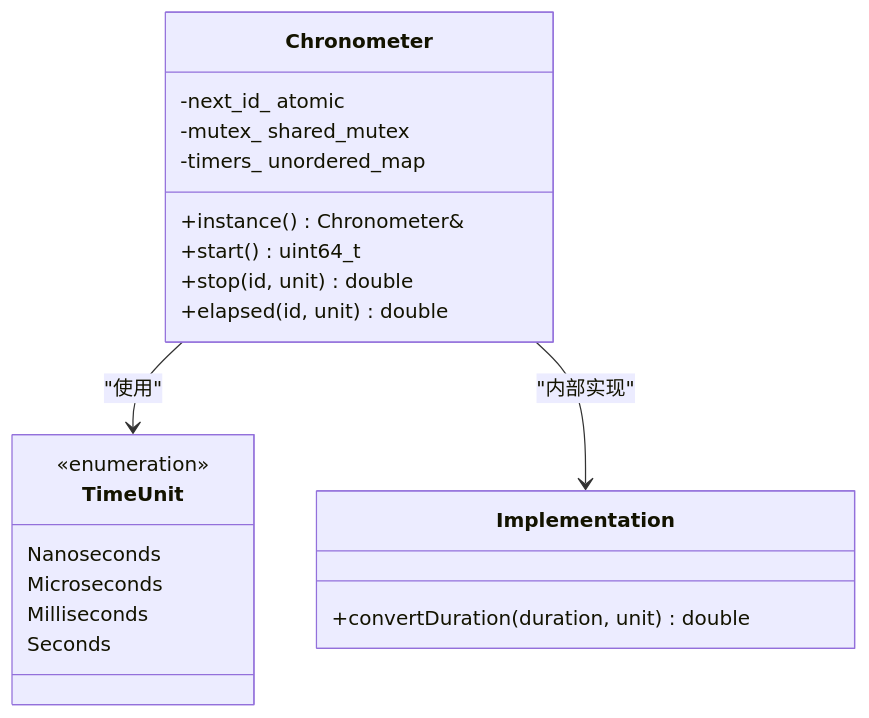
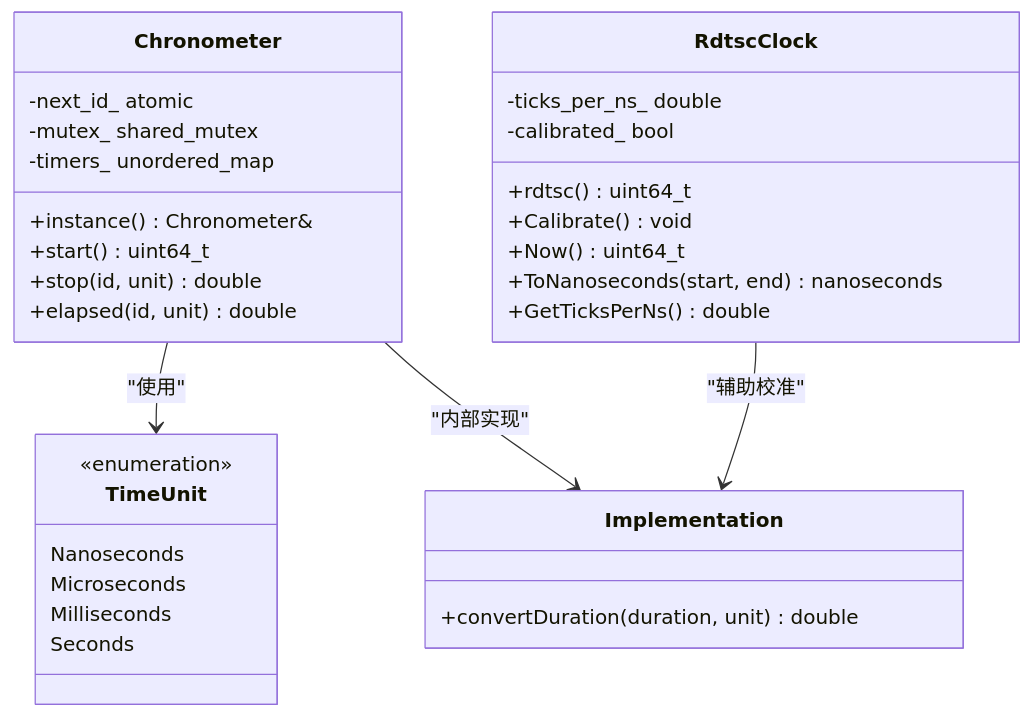
Before and after one commit to xuetianhao98/chronometer: the second of 6 diagrams in .qoder/repowiki/zh/content/使用示例与最佳实践.md, drawn with Mermaid. The commit also changed other lines of this file and 12 other files, not shown here.

````diff
--- a/.qoder/repowiki/zh/content/使用示例与最佳实践.md
+++ b/.qoder/repowiki/zh/content/使用示例与最佳实践.md
@@ -86,24 +101,34 @@
 ```mermaid
 classDiagram
 class Chronometer {
 +instance() Chronometer&
 +start() uint64_t
 +stop(id, unit) double
 +elapsed(id, unit) double
 -next_id_ atomic<uint64_t>
 -mutex_ shared_mutex
 -timers_ unordered_map<uint64_t, steady_clock : : time_point>
 }
 class TimeUnit {
 <<enumeration>>
 Nanoseconds
 Microseconds
 Milliseconds
 Seconds
 }
+class RdtscClock {
++rdtsc() uint64_t
++Calibrate() void
++Now() uint64_t
++ToNanoseconds(start, end) nanoseconds
++GetTicksPerNs() double
+-ticks_per_ns_ double
+-calibrated_ bool
+}
 class Implementation {
 +convertDuration(duration, unit) double
 }
 Chronometer --> TimeUnit : "使用"
 Chronometer --> Implementation : "内部实现"
+RdtscClock --> Implementation : "辅助校准"
 ```
````
